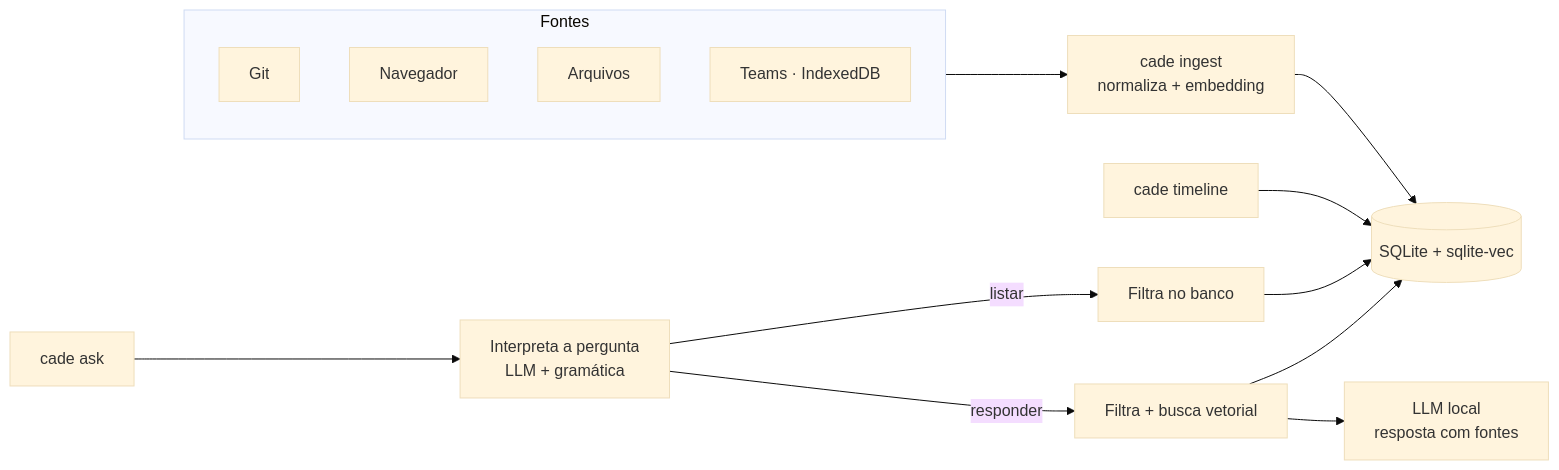
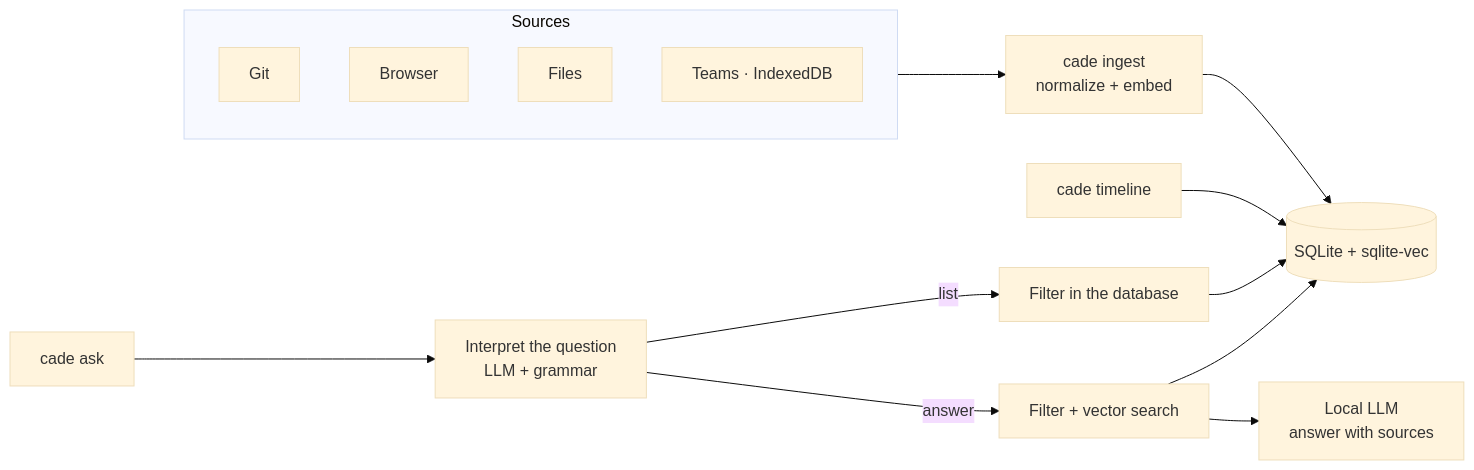
The diagram in README.md (Chipskein/cade), drawn with Mermaid (base theme) before and after one commit. The commit also changed other lines of this file and 1 other file, not shown here.

````diff
--- a/README.md
+++ b/README.md
@@ -9,21 +13,21 @@
 ```mermaid
 flowchart LR
-    subgraph Fontes
+    subgraph Sources
         git[Git]
-        nav[Navegador]
-        arq[Arquivos]
+        nav[Browser]
+        arq[Files]
         teams[Teams · IndexedDB]
     end
 
-    Fontes --> ingest[cade ingest<br/>normaliza + embedding]
+    Sources --> ingest[cade ingest<br/>normalize + embed]
     ingest --> db[(SQLite + sqlite-vec)]
 
     timeline[cade timeline] --> db
 
-    ask[cade ask] --> plano[Interpreta a pergunta<br/>LLM + gramática]
-    plano -->|listar| filtro[Filtra no banco]
-    plano -->|responder| busca[Filtra + busca vetorial]
+    ask[cade ask] --> plano[Interpret the question<br/>LLM + grammar]
+    plano -->|list| filtro[Filter in the database]
+    plano -->|answer| busca[Filter + vector search]
     filtro --> db
     busca --> db
-    busca --> llm[LLM local<br/>resposta com fontes]
+    busca --> llm[Local LLM<br/>answer with sources]
 ```
````
